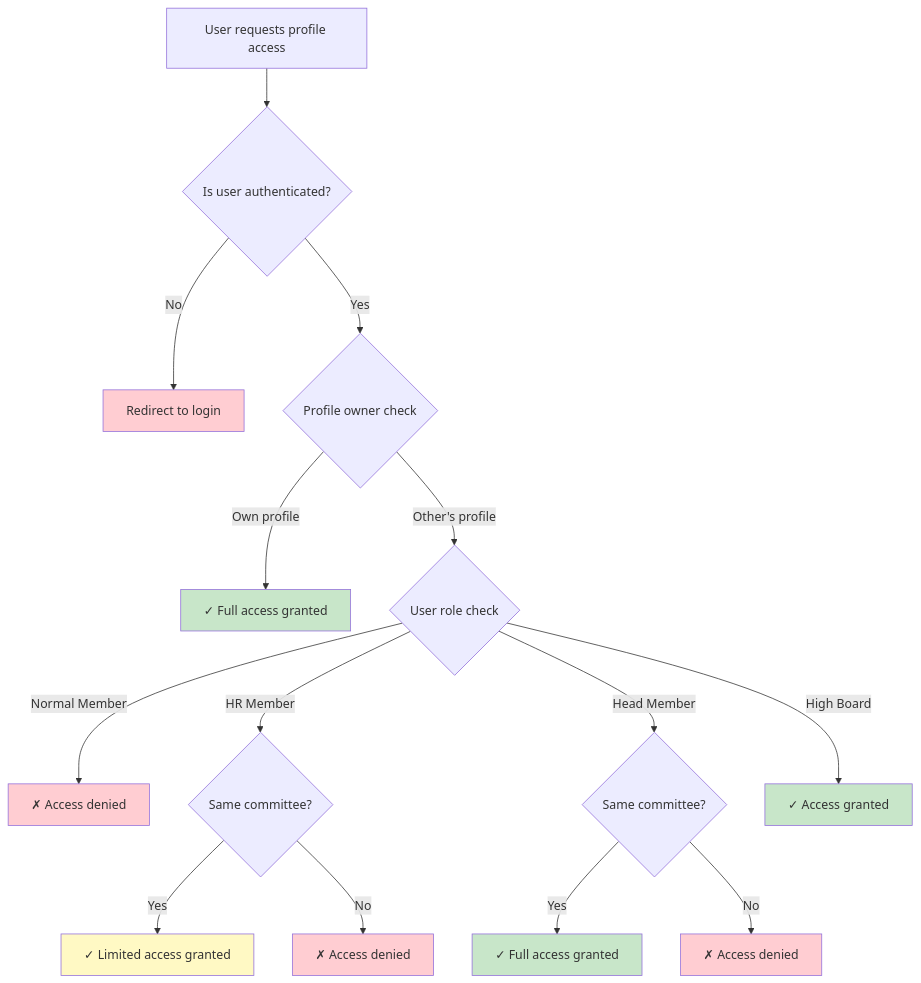
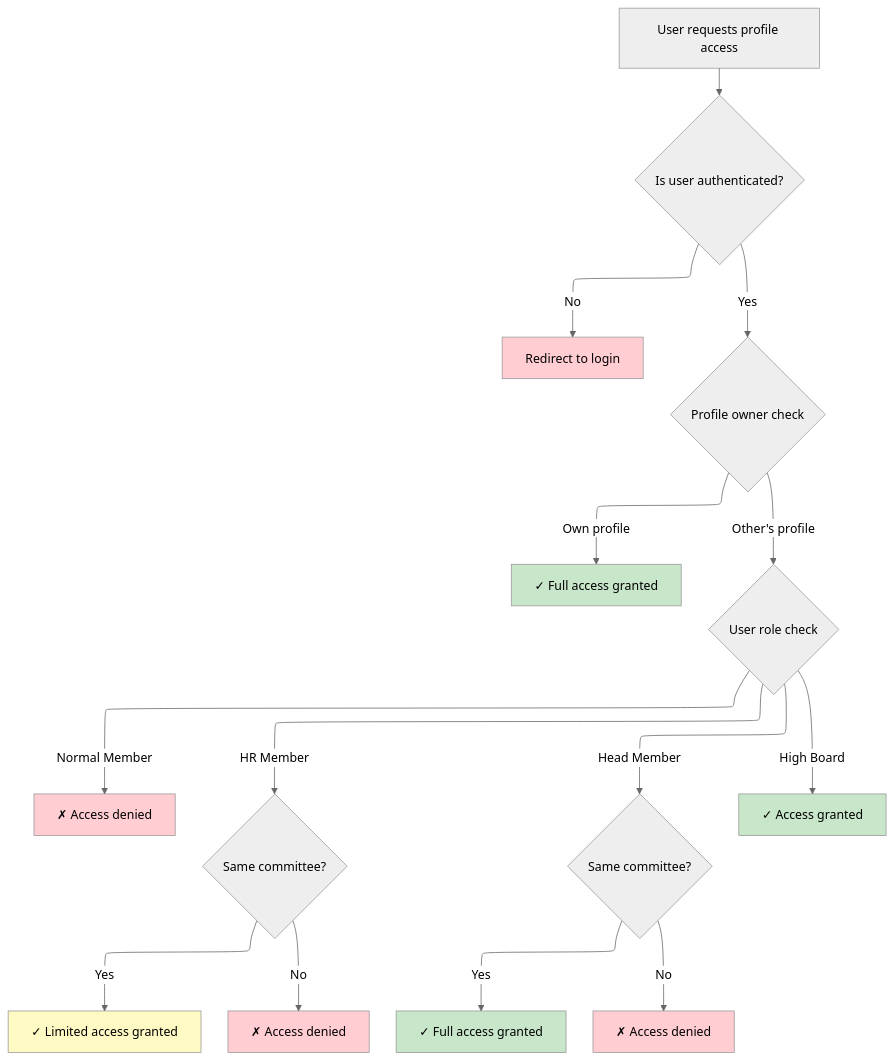
One commit to AhmedKhaledp-0/IEEEMangment changed the first of 3 diagrams in docs/permission-decision-trees.md. Above: the diagram before and after it, drawn with Mermaid. The commit also changed other lines of this file and 4 other files, not shown here.

Commit message:
Update mermaid configurations across documentation for consistent theme and layout

````diff
--- a/docs/permission-decision-trees.md
+++ b/docs/permission-decision-trees.md
@@ -7,28 +7,35 @@
 ```mermaid
+---
+config:
+  layout: elk
+  theme: neutral
+  themeVariables:
+    darkMode: true
+---
 flowchart TD
     A[User requests profile access] --> B{Is user authenticated?}
     B --> |No| C[Redirect to login]
     B --> |Yes| D{Profile owner check}
     D --> |Own profile| E[✓ Full access granted]
     D --> |Other's profile| F{User role check}
 
     F --> |Normal Member| G[✗ Access denied]
     F --> |HR Member| H{Same committee?}
     F --> |Head Member| I{Same committee?}
     F --> |High Board| J[✓ Access granted]
 
     H --> |Yes| K[✓ Limited access granted]
     H --> |No| L[✗ Access denied]
 
     I --> |Yes| M[✓ Full access granted]
     I --> |No| N[✗ Access denied]
 
     style C fill:#ffcdd2
     style E fill:#c8e6c9
     style G fill:#ffcdd2
     style J fill:#c8e6c9
     style K fill:#fff9c4
     style L fill:#ffcdd2
     style M fill:#c8e6c9
     style N fill:#ffcdd2
 ```
````
